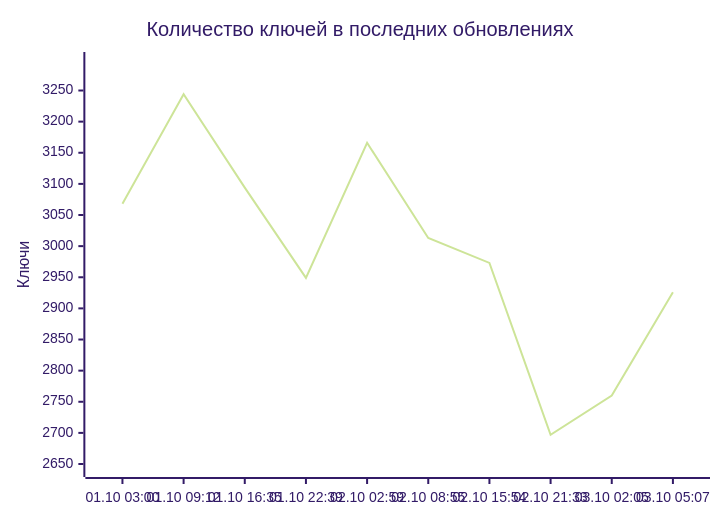
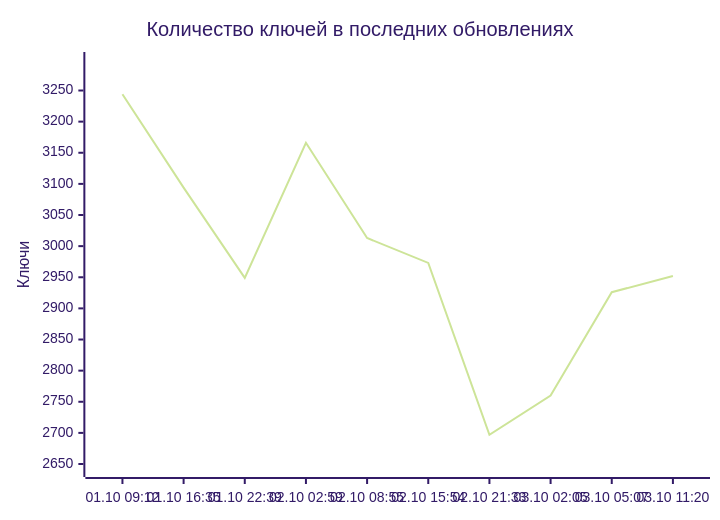
One commit to markKikhtenko/WireVeil changed the diagram in README.md. Above: the diagram before and after it, drawn with Mermaid (forest theme). The commit also changed other lines of this file and 12 other files, not shown here.

````diff
--- a/README.md
+++ b/README.md
@@ -55,7 +55,7 @@
 ```mermaid
 xychart-beta
     title "Количество ключей в последних обновлениях"
-    x-axis ["01.10 03:00", "01.10 09:12", "01.10 16:35", "01.10 22:39", "02.10 02:59", "02.10 08:55", "02.10 15:54", "02.10 21:33", "03.10 02:05", "03.10 05:07"]
+    x-axis ["01.10 09:12", "01.10 16:35", "01.10 22:39", "02.10 02:59", "02.10 08:55", "02.10 15:54", "02.10 21:33", "03.10 02:05", "03.10 05:07", "03.10 11:20"]
     y-axis "Ключи" 2642 --> 3299
-    line [3068, 3244, 3094, 2949, 3166, 3013, 2973, 2697, 2760, 2926]
+    line [3244, 3094, 2949, 3166, 3013, 2973, 2697, 2760, 2926, 2952]
 ```
````
